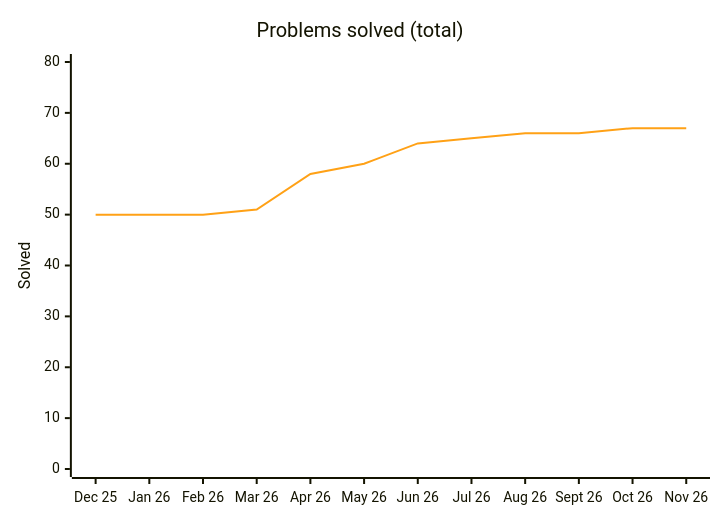
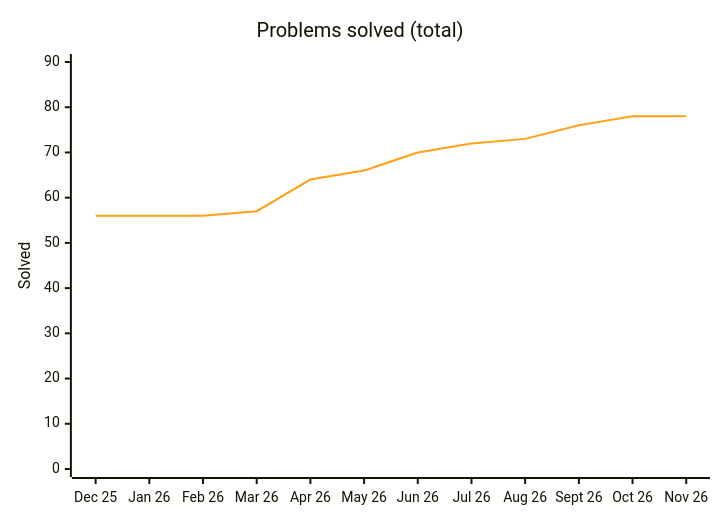
The diagram in README.md (Ved-u/Java-DSA), drawn with Mermaid before and after one commit. The commit also changed other lines of this file and 13 other files, not shown here.

````diff
--- a/README.md
+++ b/README.md
@@ -53,8 +53,8 @@
 ```mermaid
 %%{init: {"themeVariables": {"xyChart": {"plotColorPalette": "#ffa116"}}}}%%
 xychart-beta
     title "Problems solved (total)"
     x-axis ["Dec 25", "Jan 26", "Feb 26", "Mar 26", "Apr 26", "May 26", "Jun 26", "Jul 26", "Aug 26", "Sept 26", "Oct 26", "Nov 26"]
-    y-axis "Solved" 0 --> 80
-    line [50, 50, 50, 51, 58, 60, 64, 65, 66, 66, 67, 67]
+    y-axis "Solved" 0 --> 90
+    line [56, 56, 56, 57, 64, 66, 70, 72, 73, 76, 78, 78]
 ```
````
